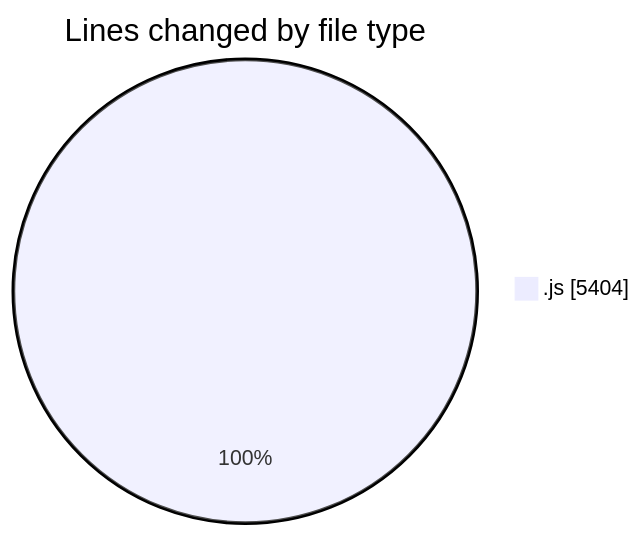
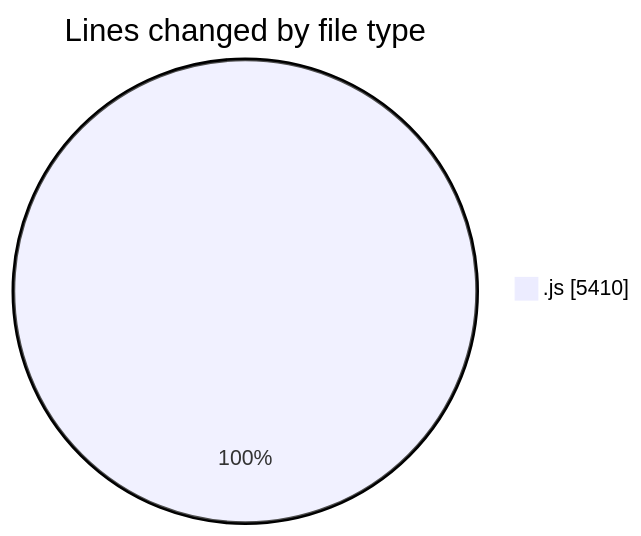
The first of 2 diagrams in 2025-10-15/nxtqube_webapp/README.md (nxtqubesakshisongat/code-tracking), drawn with Mermaid before and after one commit. The commit also changed other lines of this file and 1 other file, not shown here.

````diff
--- a/2025-10-15/nxtqube_webapp/README.md
+++ b/2025-10-15/nxtqube_webapp/README.md
@@ -21,5 +21,5 @@
 ```mermaid
 pie showData
 title Lines changed by file type
-".js" : 5404
+".js" : 5410
 ```
````
